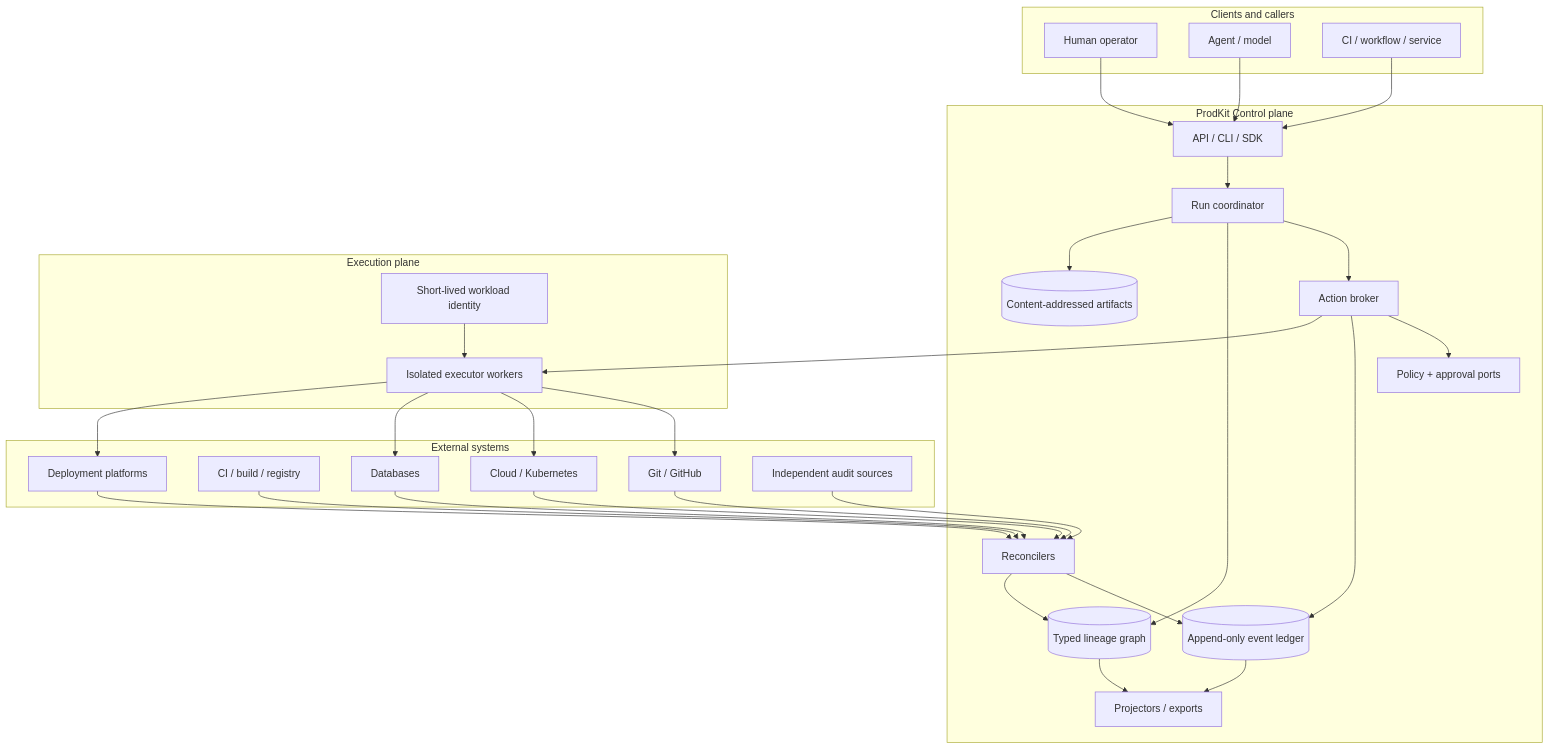
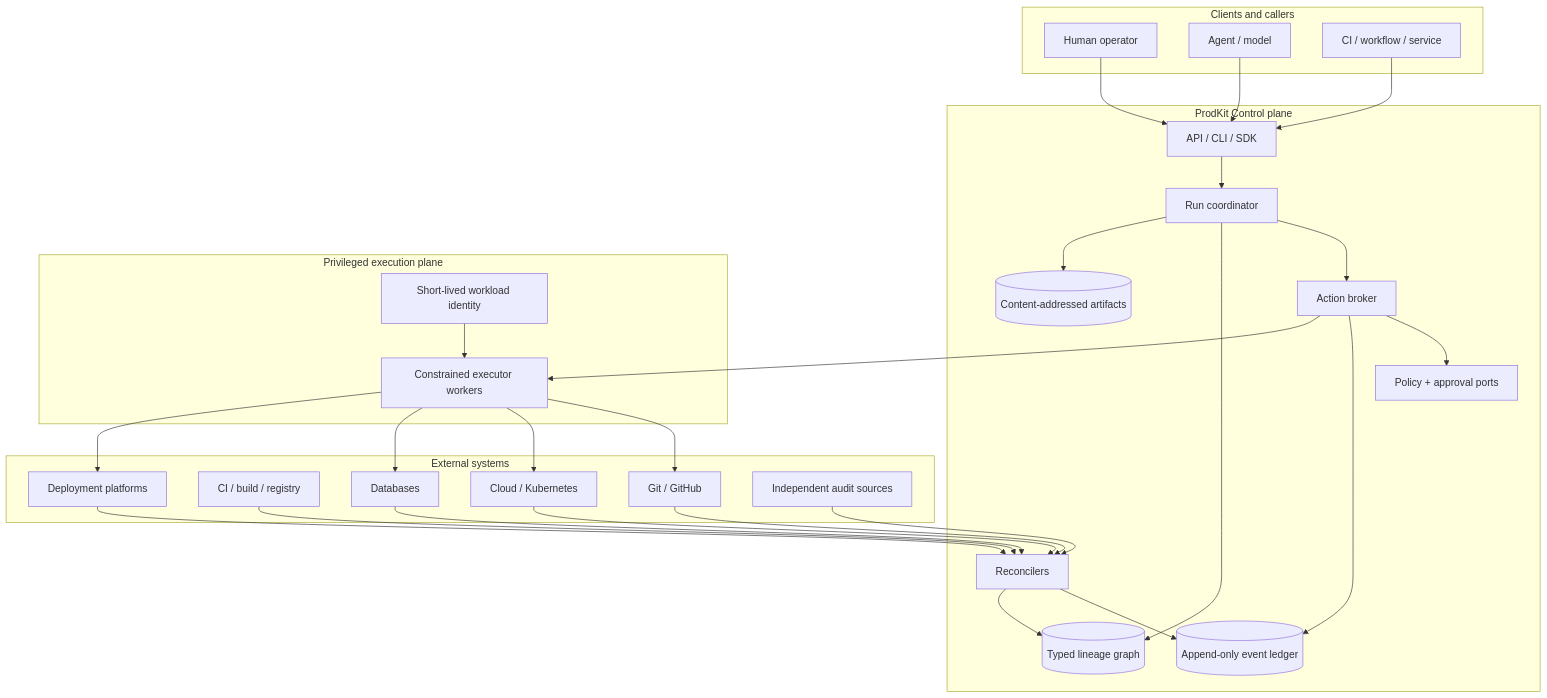
The second of 3 diagrams in README.md (ProdKit-dev/prodkit-control), drawn with Mermaid before and after one commit. The commit also changed other lines of this file and 186 other files, not shown here.

````diff
--- a/README.md
+++ b/README.md
@@ -65,59 +141,56 @@
 ```mermaid
 flowchart TB
     subgraph Clients[Clients and callers]
         Human[Human operator]
         Agent[Agent / model]
         Automation[CI / workflow / service]
     end
 
     subgraph Control[ProdKit Control plane]
         API[API / CLI / SDK]
         Coordinator[Run coordinator]
         Broker[Action broker]
         Policy[Policy + approval ports]
         Ledger[(Append-only event ledger)]
         Lineage[(Typed lineage graph)]
         Artifacts[(Content-addressed artifacts)]
-        Projectors[Projectors / exports]
         Reconcilers[Reconcilers]
     end
 
-    subgraph Execution[Execution plane]
-        Workers[Isolated executor workers]
+    subgraph Execution[Privileged execution plane]
+        Workers[Constrained executor workers]
         Credentials[Short-lived workload identity]
     end
 
     subgraph External[External systems]
         Git[Git / GitHub]
         CI[CI / build / registry]
         Cloud[Cloud / Kubernetes]
         DB[Databases]
         Deploy[Deployment platforms]
         Audit[Independent audit sources]
     end
 
     Human --> API
     Agent --> API
     Automation --> API
     API --> Coordinator --> Broker
     Broker --> Policy
     Broker --> Ledger
     Coordinator --> Lineage
     Coordinator --> Artifacts
     Broker --> Workers
     Credentials --> Workers
     Workers --> Git
     Workers --> Cloud
     Workers --> DB
     Workers --> Deploy
     Git --> Reconcilers
     CI --> Reconcilers
     Cloud --> Reconcilers
     DB --> Reconcilers
     Deploy --> Reconcilers
     Audit --> Reconcilers
     Reconcilers --> Ledger
     Reconcilers --> Lineage
-    Ledger --> Projectors
-    Lineage --> Projectors
 ```
````
